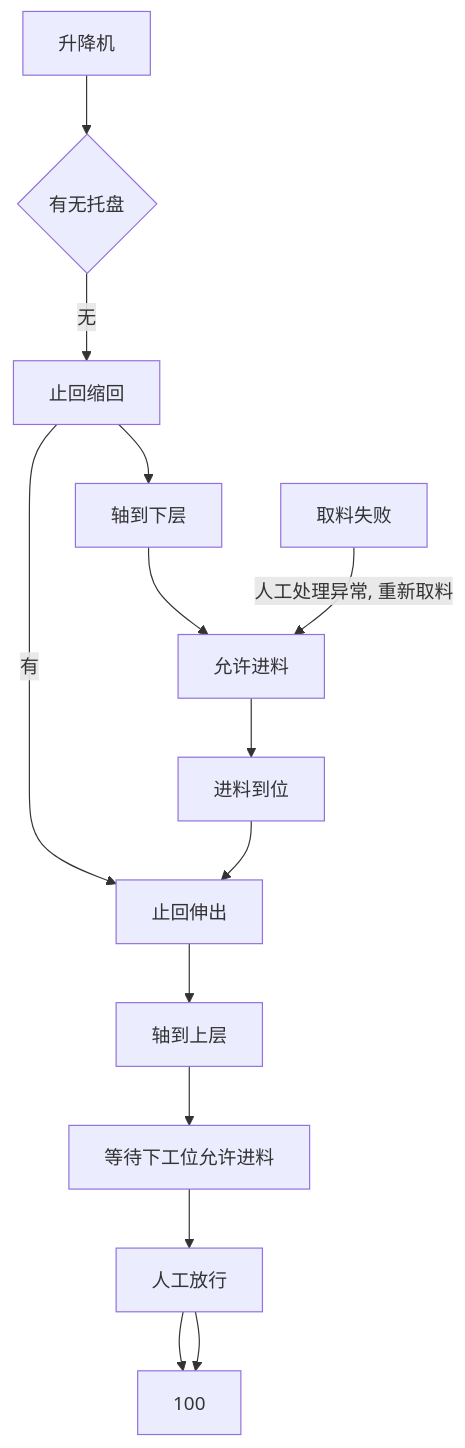
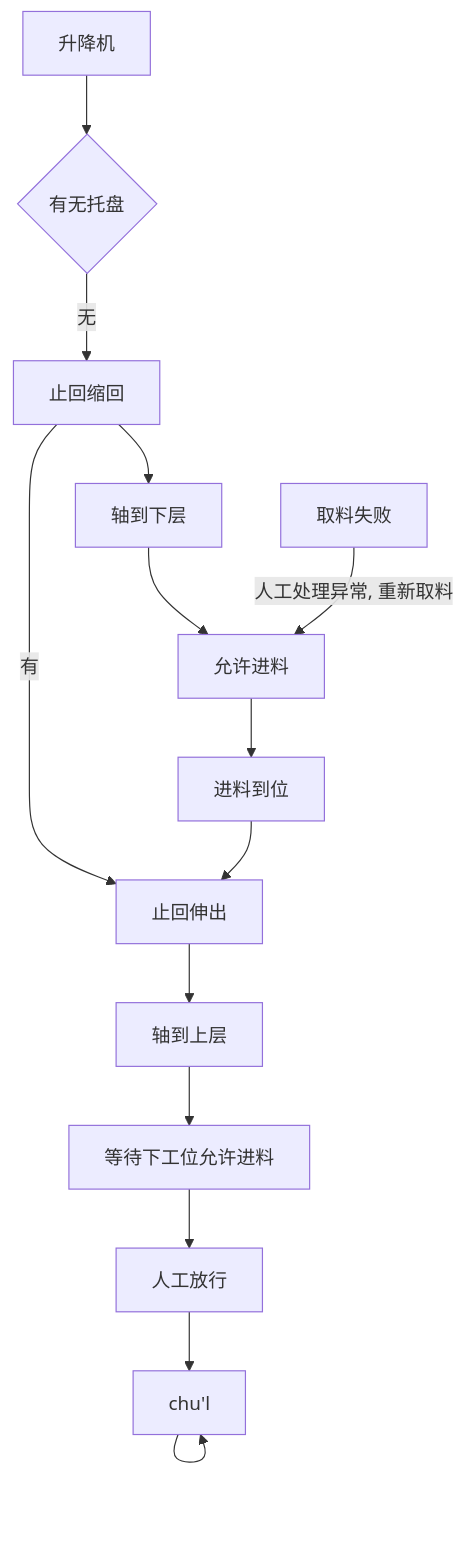
Before and after one commit to PengKun1/iodraw-files: the diagram in all/升降台.md, drawn with Mermaid.

Commit message:
2024-12-23 10:21:08 update

````diff
--- a/all/升降台.md
+++ b/all/升降台.md
@@ -1,17 +1,17 @@
 ```mermaid
 graph TD
 0[升降机]-->10
 10{有无托盘}-->|无|20
 20-->|有|60
 20[止回缩回]-->30
 30[轴到下层]-->40
 40[允许进料]-->50
 50[进料到位]-->60
 60[止回伸出]-->70
 70[轴到上层]-->80
 80[等待下工位允许进料]-->90
 90[人工放行]-->100
-90[人工放行]-->100
+100[chu'l]-->100
 
 900[取料失败]-->|人工处理异常, 重新取料|40
 ```
````
